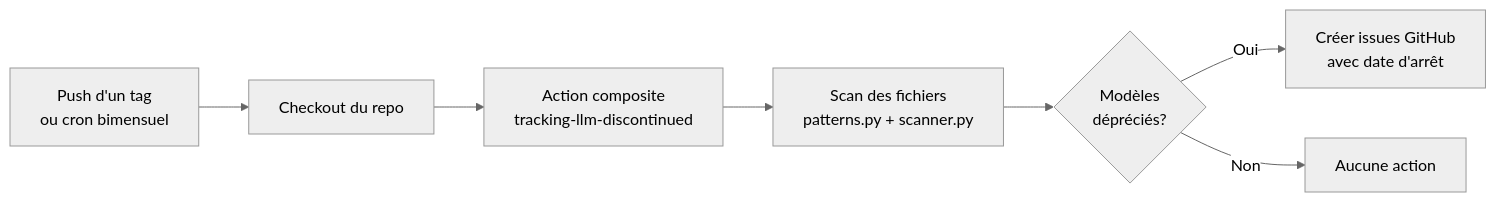
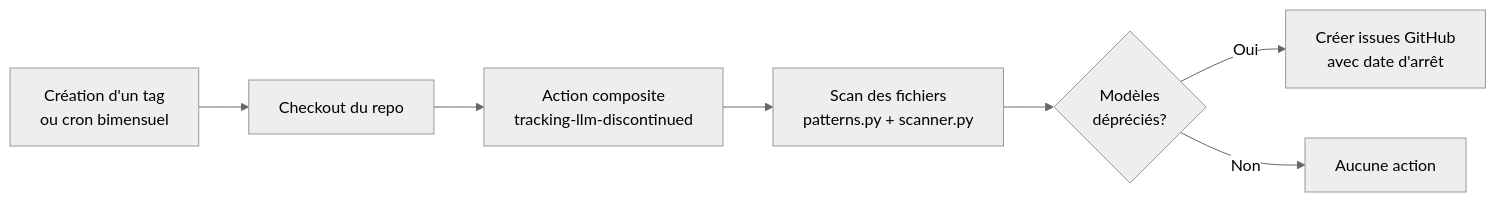
The first of 2 diagrams in README.md (Baseline-quebec/tracking-llm-discontinued), drawn with Mermaid (neutral theme) before and after one commit. The commit also changed other lines of this file and 1 other file, not shown here.

Commit message:
fix: aligner issue #1 avec le code, élargir le pattern de tags (#18)
- Mise à jour de l'issue #1 (providers, architecture, nombre de tests,
  retrait replacement)
- Élargir le pattern de tags de "v*" à "*" dans le template et le README

````diff
--- a/README.md
+++ b/README.md
@@ -13,9 +13,9 @@
 ```mermaid
 flowchart LR
-    A[Push d'un tag<br>ou cron bimensuel] --> B[Checkout du repo]
+    A[Création d'un tag<br>ou cron bimensuel] --> B[Checkout du repo]
     B --> C[Action composite<br>tracking-llm-discontinued]
     C --> D[Scan des fichiers<br>patterns.py + scanner.py]
     D --> E{Modèles<br>dépréciés?}
     E -->|Oui| F[Créer issues GitHub<br>avec date d'arrêt]
     E -->|Non| G[Aucune action]
 ```
````
